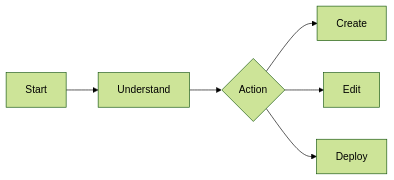
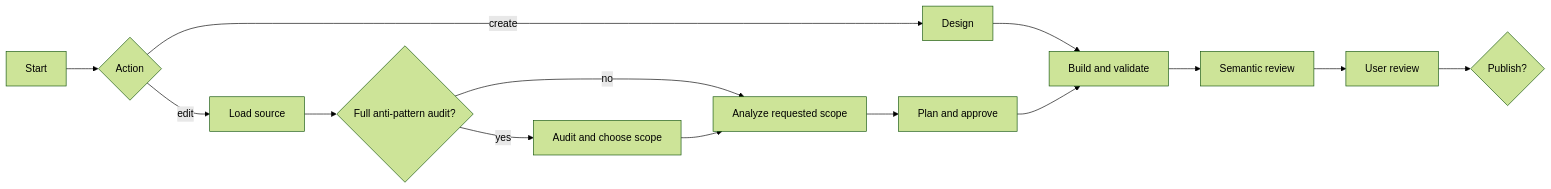
Diagram 13 of 13 in packages/docs/src/content/docs/docs/reference/workflow-templates.mdx (moira-mcp/moira), drawn with Mermaid (forest theme) before and after one commit. The commit also changed other lines of this file and 91 other files, not shown here.

First line of the commit message:
feat(workflows): apply robust flow refactor bundle

````diff
--- a/packages/docs/src/content/docs/docs/reference/workflow-templates.mdx
+++ b/packages/docs/src/content/docs/docs/reference/workflow-templates.mdx
@@ -322,7 +333,16 @@
 ```mermaid
 flowchart LR
-    A[Start] --> B[Understand] --> C{Action}
-    C --> D[Create]
-    C --> E[Edit]
-    C --> F[Deploy]
+    A[Start] --> B{Action}
+    B -->|create| C[Design]
+    B -->|edit| D[Load source]
+    D --> E{Full anti-pattern audit?}
+    E -->|yes| F[Audit and choose scope]
+    E -->|no| G[Analyze requested scope]
+    F --> G
+    C --> H[Build and validate]
+    G --> I[Plan and approve]
+    I --> H
+    H --> J[Semantic review]
+    J --> K[User review]
+    K --> L{Publish?}
 ```
````
